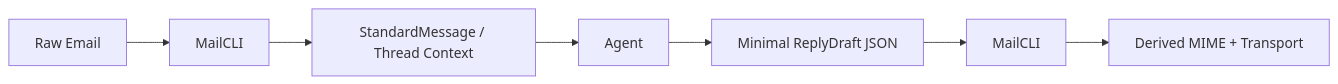
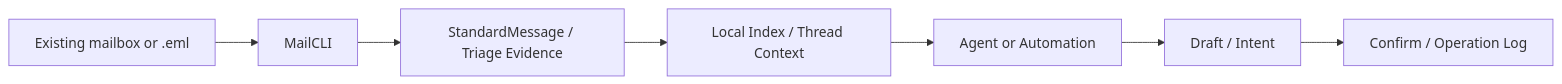
The first of 2 diagrams in README.md (nonozone/MailCli), drawn with Mermaid before and after one commit. The commit also changed other lines of this file and 1 other file, not shown here.

Commit message:
docs: clarify MailCLI project overview (#9)

````diff
--- a/README.md
+++ b/README.md
@@ -119,9 +60,9 @@
 ```mermaid
 flowchart LR
-  A["Raw Email"] --> B["MailCLI"]
-  B --> C["StandardMessage / Thread Context"]
-  C --> D["Agent"]
-  D --> E["Minimal ReplyDraft JSON"]
-  E --> F["MailCLI"]
-  F --> G["Derived MIME + Transport"]
+  A["Existing mailbox or .eml"] --> B["MailCLI"]
+  B --> C["StandardMessage / Triage Evidence"]
+  C --> D["Local Index / Thread Context"]
+  D --> E["Agent or Automation"]
+  E --> F["Draft / Intent"]
+  F --> G["Confirm / Operation Log"]
 ```
````
